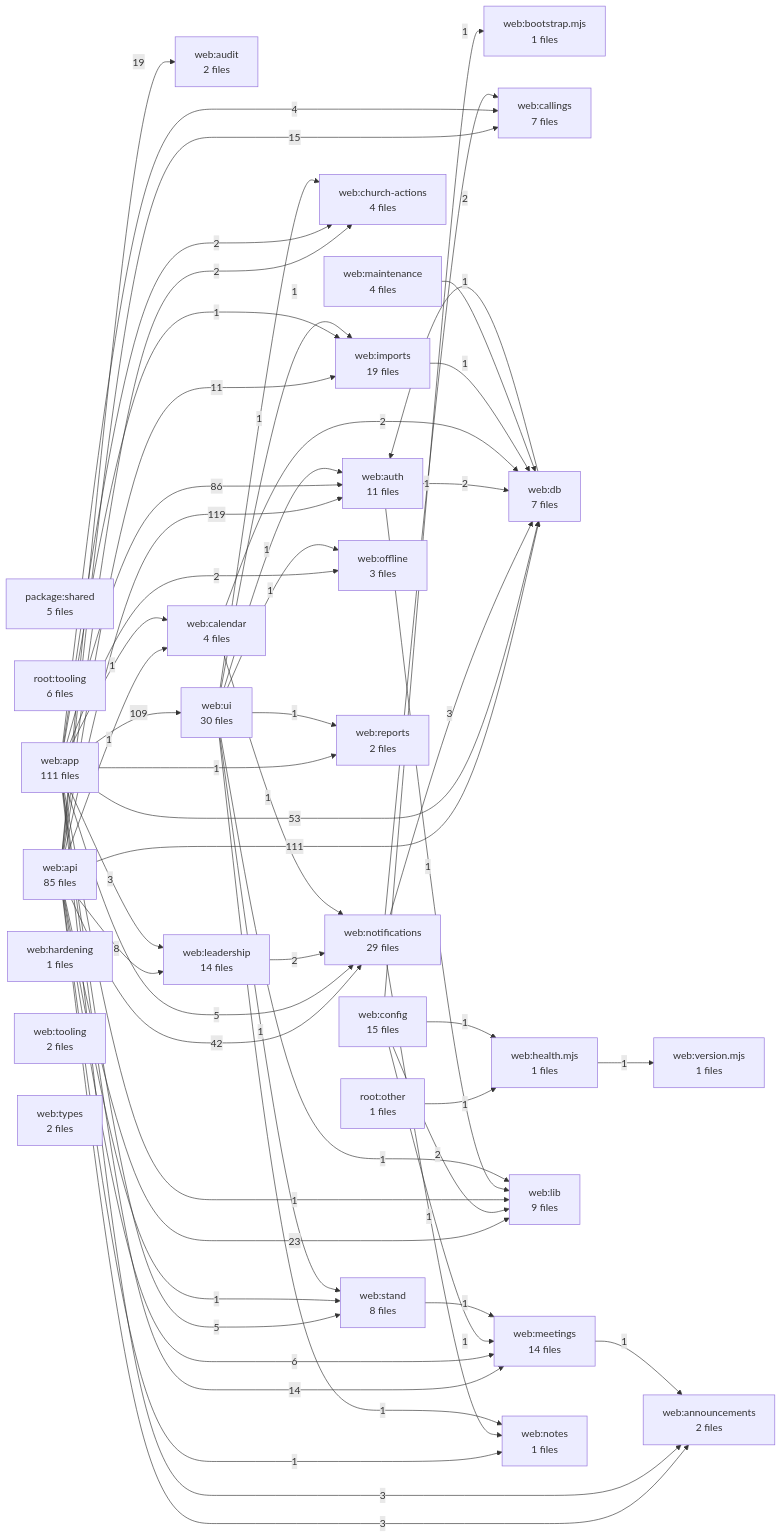
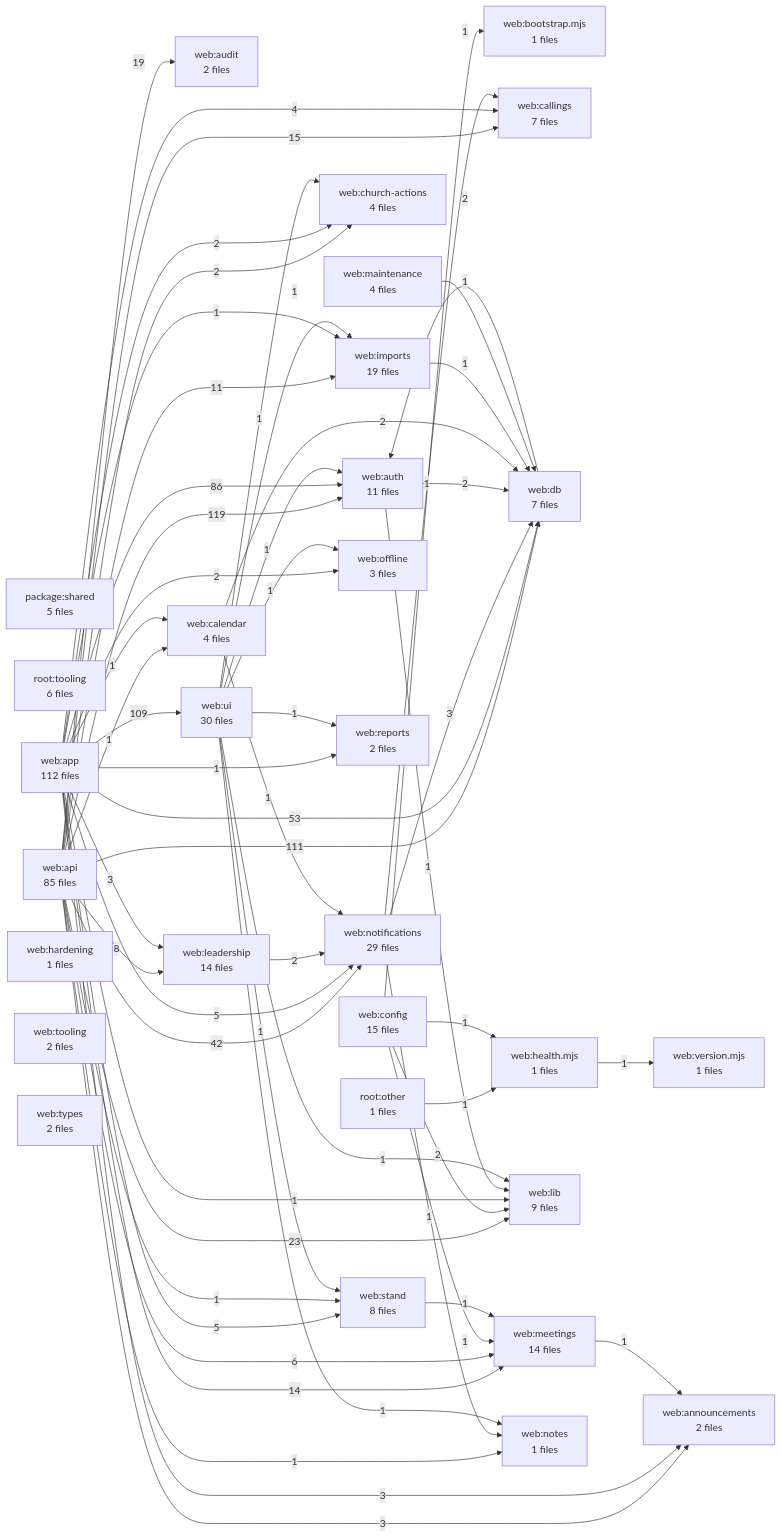
Before and after one commit to kalebhall/the-stand: the diagram in docs/DEPENDENCY_GRAPH.md, drawn with Mermaid. The commit also changed other lines of this file and 4 other files, not shown here.

```diff
--- a/docs/DEPENDENCY_GRAPH.md
+++ b/docs/DEPENDENCY_GRAPH.md
@@ -15,7 +15,7 @@
   A3["root:tooling<br/>6 files"]
   A4["web:announcements<br/>2 files"]
   A5["web:api<br/>85 files"]
-  A6["web:app<br/>111 files"]
+  A6["web:app<br/>112 files"]
   A7["web:audit<br/>2 files"]
   A8["web:auth<br/>11 files"]
   A9["web:bootstrap.mjs<br/>1 files"]
```
